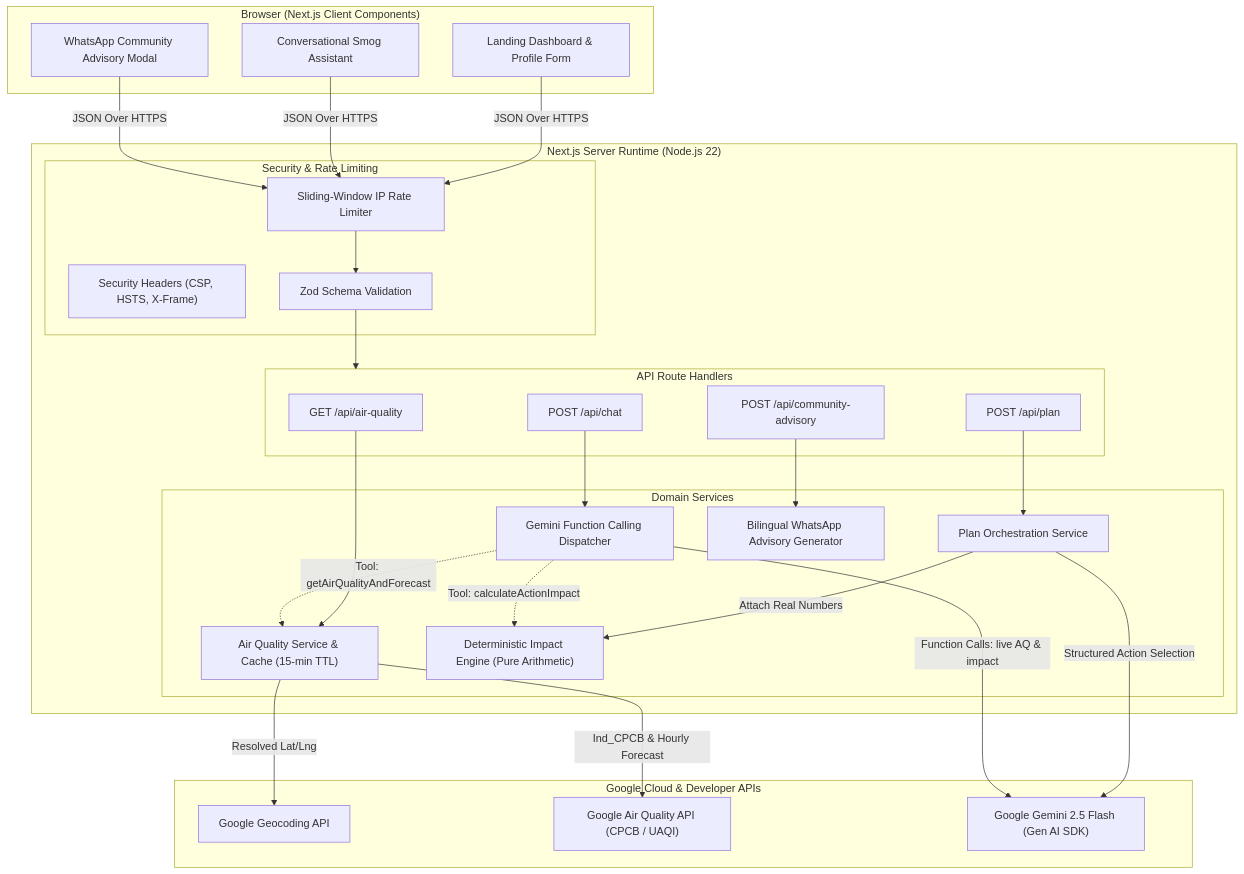
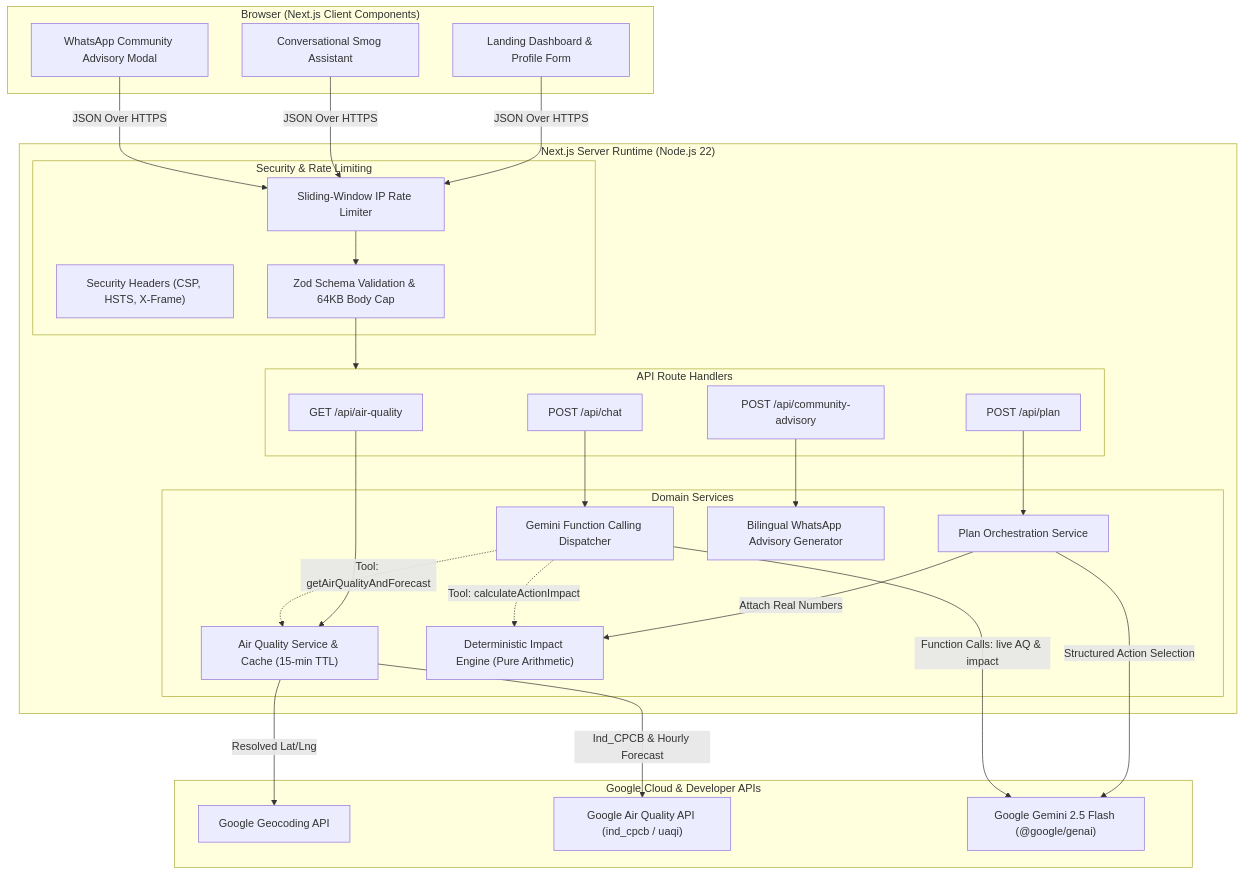
The diagram in README.md (sirajju/saafhawa), drawn with Mermaid before and after one commit. The commit also changed other lines of this file and 63 other files, not shown here.

````diff
--- a/README.md
+++ b/README.md
@@ -49,55 +48,55 @@
 ```mermaid
 flowchart TD
     subgraph Client["Browser (Next.js Client Components)"]
         UI["Landing Dashboard & Profile Form"]
         ChatUI["Conversational Smog Assistant"]
         ModalUI["WhatsApp Community Advisory Modal"]
     end
 
     subgraph Server["Next.js Server Runtime (Node.js 22)"]
         subgraph Security["Security & Rate Limiting"]
             RL["Sliding-Window IP Rate Limiter"]
             Headers["Security Headers (CSP, HSTS, X-Frame)"]
-            ZodVal["Zod Schema Validation"]
+            ZodVal["Zod Schema Validation & 64KB Body Cap"]
         end
 
         subgraph Routes["API Route Handlers"]
             AQRoute["GET /api/air-quality"]
             PlanRoute["POST /api/plan"]
             ChatRoute["POST /api/chat"]
             AdvisoryRoute["POST /api/community-advisory"]
         end
 
         subgraph Modules["Domain Services"]
             AQService["Air Quality Service & Cache (15-min TTL)"]
             PlanService["Plan Orchestration Service"]
             ChatService["Gemini Function Calling Dispatcher"]
             AdvisoryGen["Bilingual WhatsApp Advisory Generator"]
             ImpactCalc["Deterministic Impact Engine (Pure Arithmetic)"]
         end
     end
 
     subgraph GoogleServices["Google Cloud & Developer APIs"]
         GeoAPI["Google Geocoding API"]
-        AirAPI["Google Air Quality API (CPCB / UAQI)"]
-        GeminiAPI["Google Gemini 2.5 Flash (Gen AI SDK)"]
+        AirAPI["Google Air Quality API (ind_cpcb / uaqi)"]
+        GeminiAPI["Google Gemini 2.5 Flash (@google/genai)"]
     end
 
     UI -->|JSON Over HTTPS| RL
     ChatUI -->|JSON Over HTTPS| RL
     ModalUI -->|JSON Over HTTPS| RL
 
     RL --> ZodVal --> Routes
     AQRoute --> AQService
     PlanRoute --> PlanService
     ChatRoute --> ChatService
     AdvisoryRoute --> AdvisoryGen
 
     AQService -->|Resolved Lat/Lng| GeoAPI
     AQService -->|Ind_CPCB & Hourly Forecast| AirAPI
     PlanService -->|Structured Action Selection| GeminiAPI
     PlanService -->|Attach Real Numbers| ImpactCalc
     ChatService -->|Function Calls: live AQ & impact| GeminiAPI
     ChatService -.->|Tool: getAirQualityAndForecast| AQService
     ChatService -.->|Tool: calculateActionImpact| ImpactCalc
 ```
````
